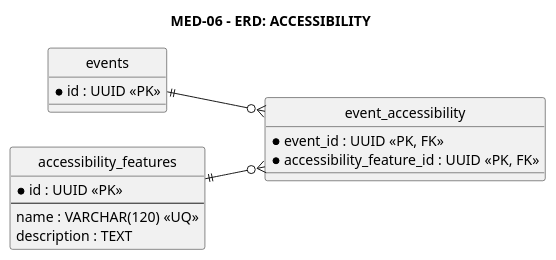
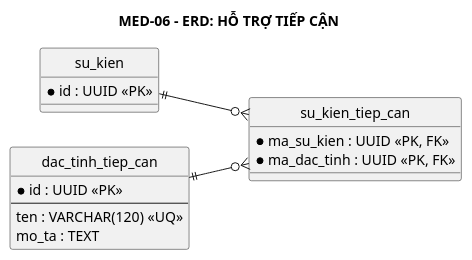
Before and after one commit to anh632k-ui/OOP-DoAn: the diagram in PTTK/04_ERD/02-erd-supporting.puml, drawn with PlantUML.

Commit message:
docs(tv): Việt hóa ERD hỗ trợ tiếp cận

```diff
--- a/PTTK/04_ERD/02-erd-supporting.puml
+++ b/PTTK/04_ERD/02-erd-supporting.puml
@@ -1,29 +1,28 @@
 @startuml
 left to right direction
 skinparam monochrome true
 skinparam shadowing false
 skinparam defaultFontSize 14
 hide circle
 
-title MED-06 - ERD: ACCESSIBILITY
+title MED-06 - ERD: HỖ TRỢ TIẾP CẬN
 
-entity events {
+entity "su_kien" as su_kien {
   * id : UUID <<PK>>
 }
 
-entity event_accessibility {
-  * event_id : UUID <<PK, FK>>
-  * accessibility_feature_id : UUID <<PK, FK>>
+entity "su_kien_tiep_can" as su_kien_tiep_can {
+  * ma_su_kien : UUID <<PK, FK>>
+  * ma_dac_tinh : UUID <<PK, FK>>
 }
 
-entity accessibility_features {
+entity "dac_tinh_tiep_can" as dac_tinh_tiep_can {
   * id : UUID <<PK>>
   --
-  name : VARCHAR(120) <<UQ>>
-  description : TEXT
+  ten : VARCHAR(120) <<UQ>>
+  mo_ta : TEXT
 }
 
-events ||--o{ event_accessibility
-accessibility_features ||--o{ event_accessibility
-
+su_kien ||--o{ su_kien_tiep_can
+dac_tinh_tiep_can ||--o{ su_kien_tiep_can
 @enduml
```
